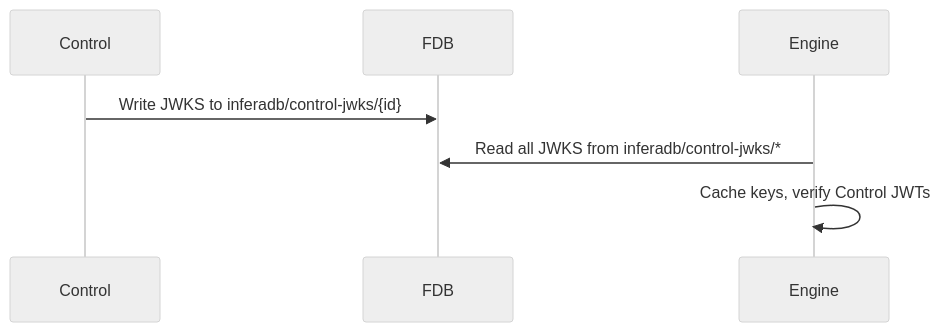
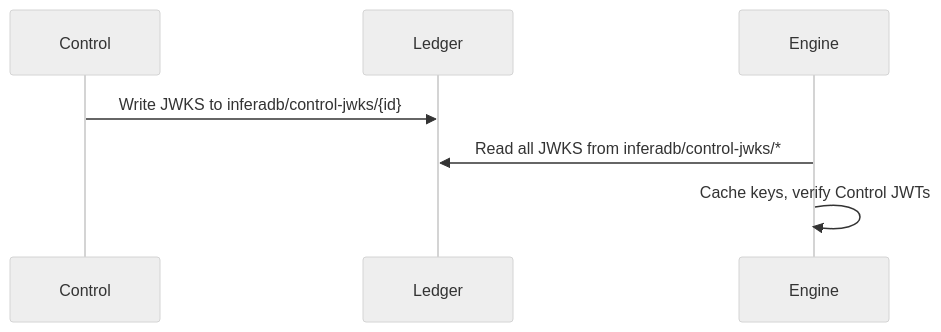
One commit to inferadb/engine changed the sixth of 7 diagrams in docs/architecture/distributed.md. Above: the diagram before and after it, drawn with Mermaid (neutral theme). The commit also changed other lines of this file and 85 other files, not shown here.

Commit message:
improve: fdb → ledger

````diff
--- a/docs/architecture/distributed.md
+++ b/docs/architecture/distributed.md
@@ -458,10 +458,10 @@
 ```mermaid
 sequenceDiagram
     participant Control
-    participant FDB
+    participant Ledger
     participant Engine
 
-    Control->>FDB: Write JWKS to inferadb/control-jwks/{id}
-    Engine->>FDB: Read all JWKS from inferadb/control-jwks/*
+    Control->>Ledger: Write JWKS to inferadb/control-jwks/{id}
+    Engine->>Ledger: Read all JWKS from inferadb/control-jwks/*
     Engine->>Engine: Cache keys, verify Control JWTs
 ```
````
